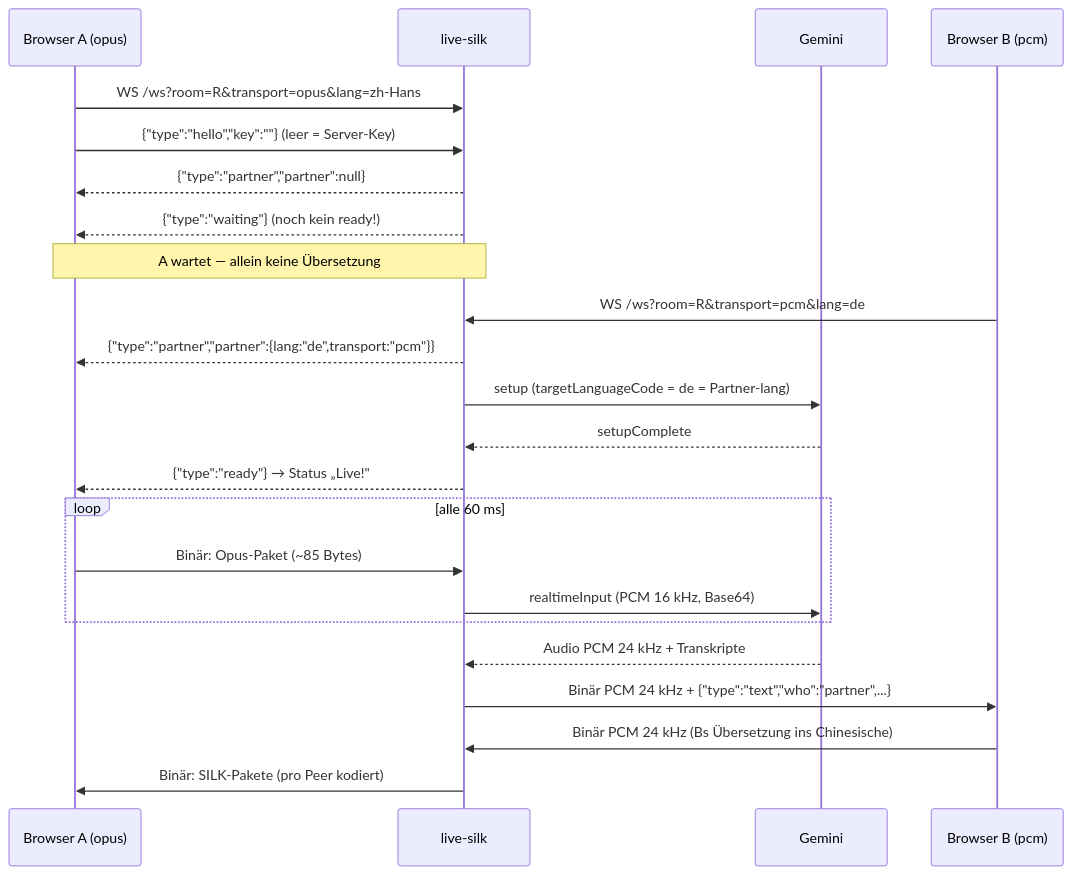
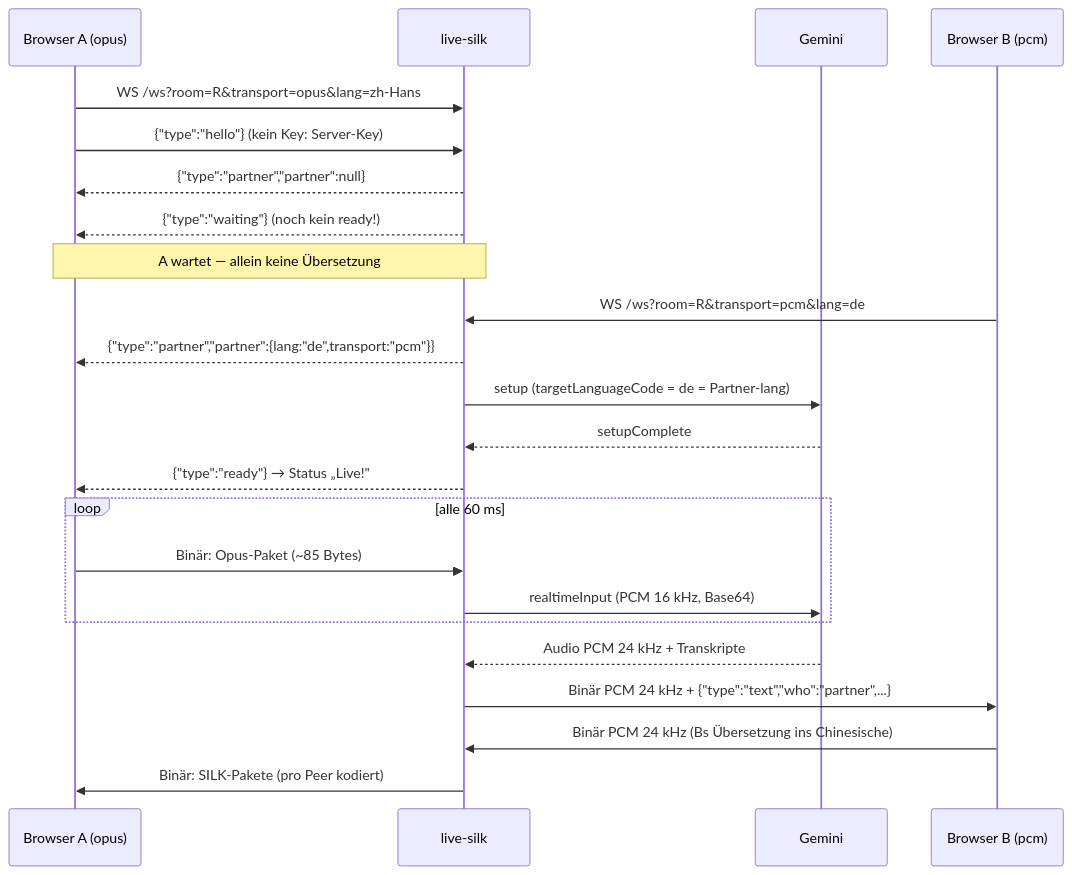
The second of 2 diagrams in examples/37_live/plan/20261027_01_silk/walkthrough.md (plops/cl-rust-generator), drawn with Mermaid before and after one commit. The commit also changed other lines of this file and 3 other files, not shown here.

````diff
--- a/examples/37_live/plan/20261027_01_silk/walkthrough.md
+++ b/examples/37_live/plan/20261027_01_silk/walkthrough.md
@@ -111,25 +111,25 @@
 ```mermaid
 sequenceDiagram
     participant A as Browser A (opus)
     participant S as live-silk
     participant G as Gemini
     participant B as Browser B (pcm)
     A->>S: WS /ws?room=R&transport=opus&lang=zh-Hans
-    A->>S: {"type":"hello","key":""}  (leer = Server-Key)
+    A->>S: {"type":"hello"}  (kein Key: Server-Key)
     S-->>A: {"type":"partner","partner":null}
     S-->>A: {"type":"waiting"}  (noch kein ready!)
     Note over A,S: A wartet — allein keine Übersetzung
     B->>S: WS /ws?room=R&transport=pcm&lang=de
     S-->>A: {"type":"partner","partner":{lang:"de",transport:"pcm"}}
     S->>G: setup (targetLanguageCode = de = Partner-lang)
     G-->>S: setupComplete
     S-->>A: {"type":"ready"} → Status „Live!"
     loop alle 60 ms
         A->>S: Binär: Opus-Paket (~85 Bytes)
         S->>G: realtimeInput (PCM 16 kHz, Base64)
     end
     G-->>S: Audio PCM 24 kHz + Transkripte
     S->>B: Binär PCM 24 kHz + {"type":"text","who":"partner",...}
     B->>S: Binär PCM 24 kHz (Bs Übersetzung ins Chinesische)
     S->>A: Binär: SILK-Pakete (pro Peer kodiert)
 ```
````
